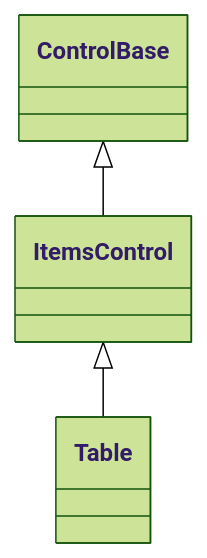
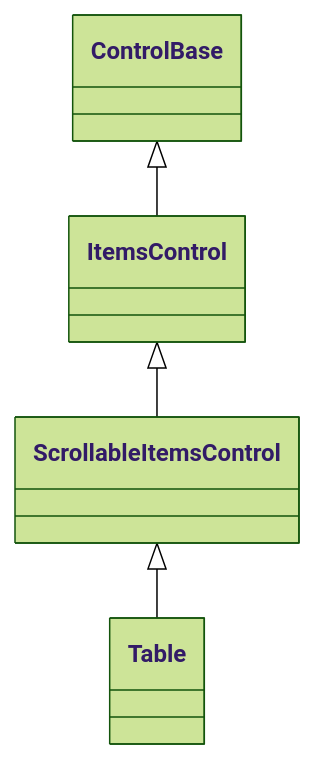
Before and after one commit to pavkam/sharp-vision: the diagram in docs/controls/layout/table.md, drawn with Mermaid (forest theme). The commit also changed other lines of this file and 35 other files, not shown here.

````diff
--- a/docs/controls/layout/table.md
+++ b/docs/controls/layout/table.md
@@ -30,5 +30,6 @@
 ```mermaid
 classDiagram
     ControlBase <|-- ItemsControl
-    ItemsControl <|-- Table
+    ItemsControl <|-- ScrollableItemsControl
+    ScrollableItemsControl <|-- Table
 ```
````
